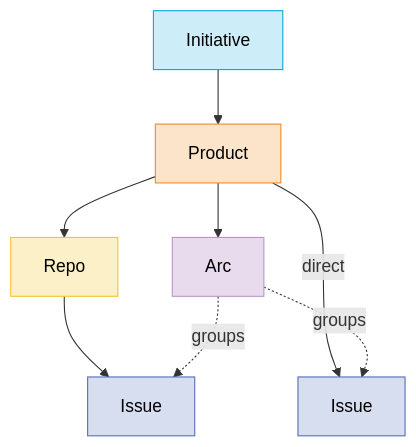
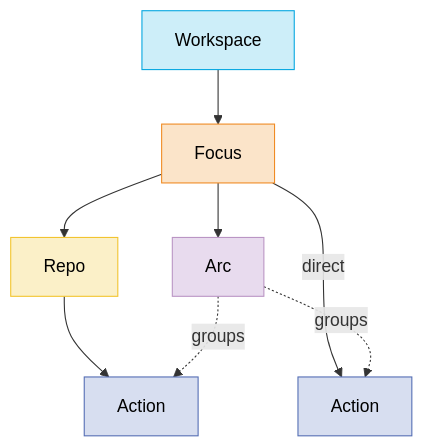
One commit to bryankennedy/progress changed the diagram in docs/REFERENCE.md. Above: the diagram before and after it, drawn with Mermaid. The commit also changed other lines of this file and 5 other files, not shown here.

````diff
--- a/docs/REFERENCE.md
+++ b/docs/REFERENCE.md
@@ -37,22 +37,22 @@
 ```mermaid
 graph TD
-    I["Initiative"] --> P["Product"]
-    P --> R1["Repo"]
-    P --> A["Arc"]
-    P -->|direct| X1["Issue"]
-    R1 --> X2["Issue"]
+    W["Workspace"] --> F["Focus"]
+    F --> R1["Repo"]
+    F --> A["Arc"]
+    F -->|direct| X1["Action"]
+    R1 --> X2["Action"]
     A -.groups.-> X1
     A -.groups.-> X2
 
-    classDef initiative fill:#CDEEF9,stroke:#06A7E0,color:#000
-    classDef product fill:#FBE4C9,stroke:#F08B23,color:#000
+    classDef workspace fill:#CDEEF9,stroke:#06A7E0,color:#000
+    classDef focus fill:#FBE4C9,stroke:#F08B23,color:#000
     classDef repo fill:#FBF0C8,stroke:#F2C42E,color:#000
     classDef arc fill:#E8DBEE,stroke:#BA94C4,color:#000
-    classDef issue fill:#D7DEF0,stroke:#546EB4,color:#000
+    classDef action fill:#D7DEF0,stroke:#546EB4,color:#000
 
-    class I initiative
-    class P product
+    class W workspace
+    class F focus
     class R1 repo
     class A arc
-    class X1,X2 issue
+    class X1,X2 action
 ```
````
